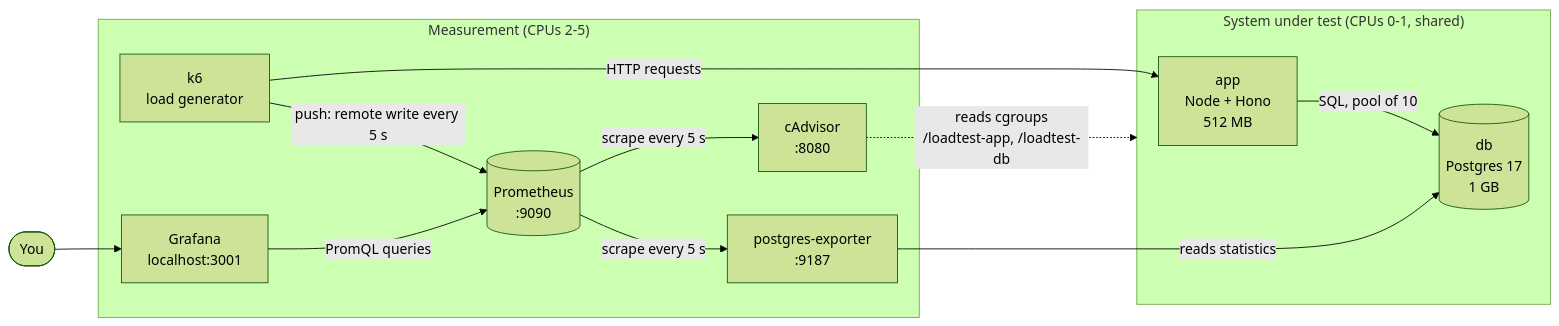
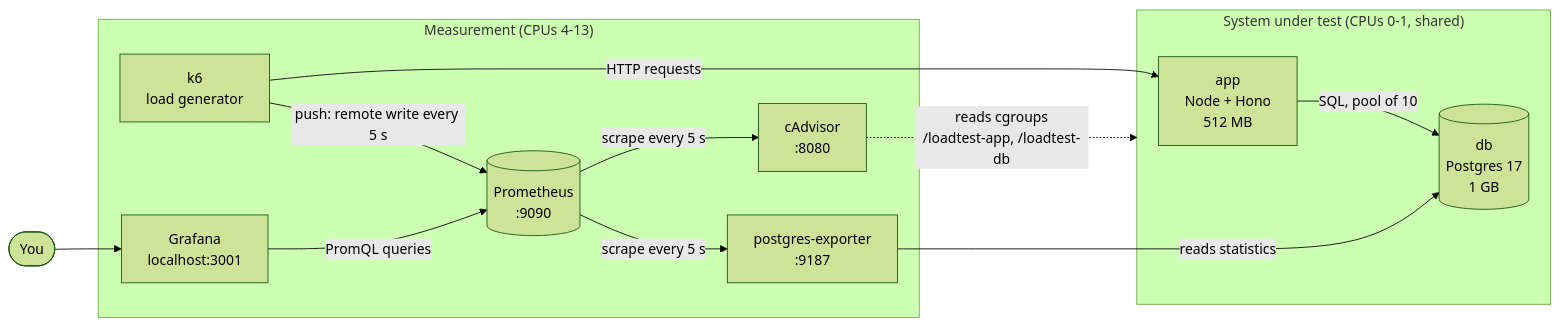
One commit to ekazakov/reddit-lite changed the first of 3 diagrams in loadtest/HOW-IT-WORKS.md. Above: the diagram before and after it, drawn with Mermaid (forest theme). The commit also changed other lines of this file and 6 other files, not shown here.

````diff
--- a/loadtest/HOW-IT-WORKS.md
+++ b/loadtest/HOW-IT-WORKS.md
@@ -11,25 +11,25 @@
 ```mermaid
 flowchart LR
     subgraph sut["System under test (CPUs 0-1, shared)"]
         app["app<br/>Node + Hono<br/>512 MB"]
         db[("db<br/>Postgres 17<br/>1 GB")]
         app -- "SQL, pool of 10" --> db
     end
 
-    subgraph measure["Measurement (CPUs 2-5)"]
+    subgraph measure["Measurement (CPUs 4-13)"]
         k6["k6<br/>load generator"]
         pgexp["postgres-exporter<br/>:9187"]
         cadv["cAdvisor<br/>:8080"]
         prom[("Prometheus<br/>:9090")]
         graf["Grafana<br/>localhost:3001"]
     end
 
     k6 -- "HTTP requests" --> app
     k6 -- "push: remote write every 5 s" --> prom
     pgexp -- "reads statistics" --> db
     cadv -. "reads cgroups<br/>/loadtest-app, /loadtest-db" .-> sut
     prom -- "scrape every 5 s" --> pgexp
     prom -- "scrape every 5 s" --> cadv
     graf -- "PromQL queries" --> prom
     you(["You"]) --> graf
 ```
````
